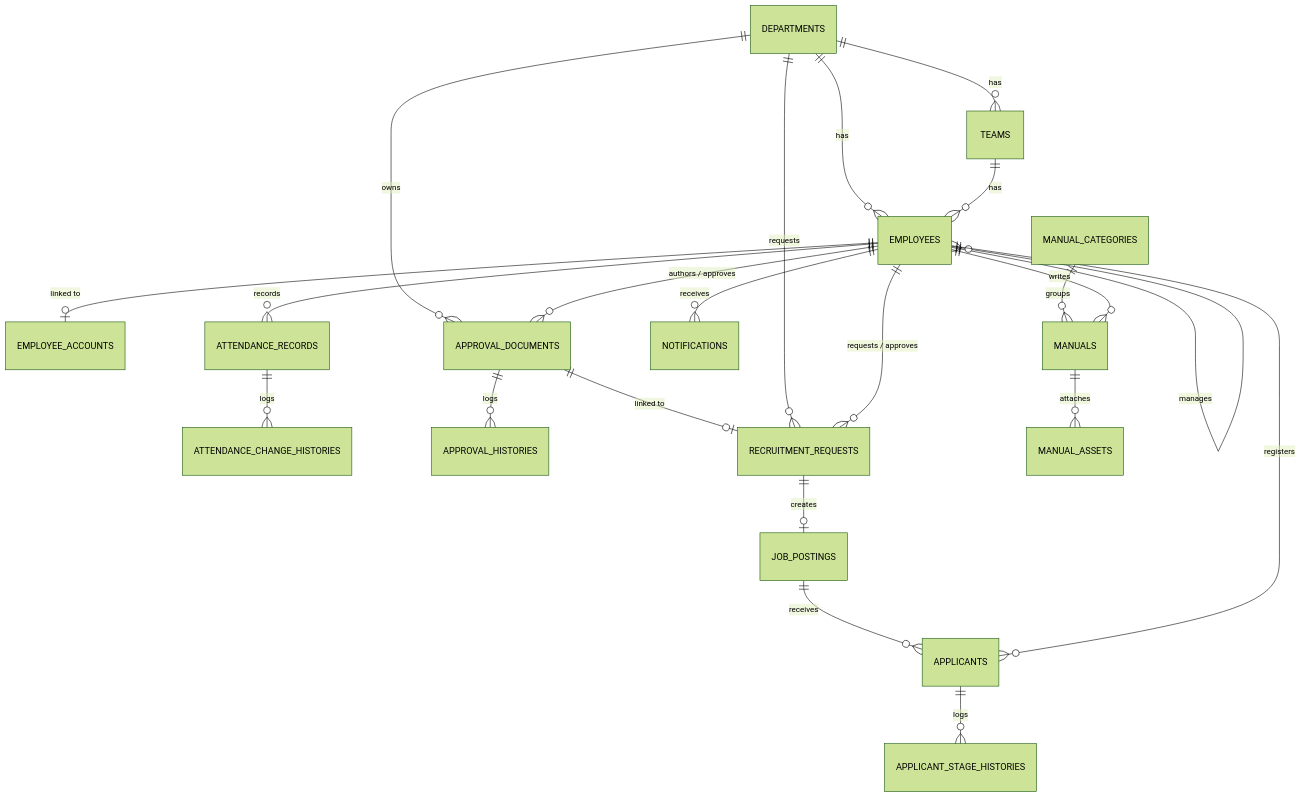
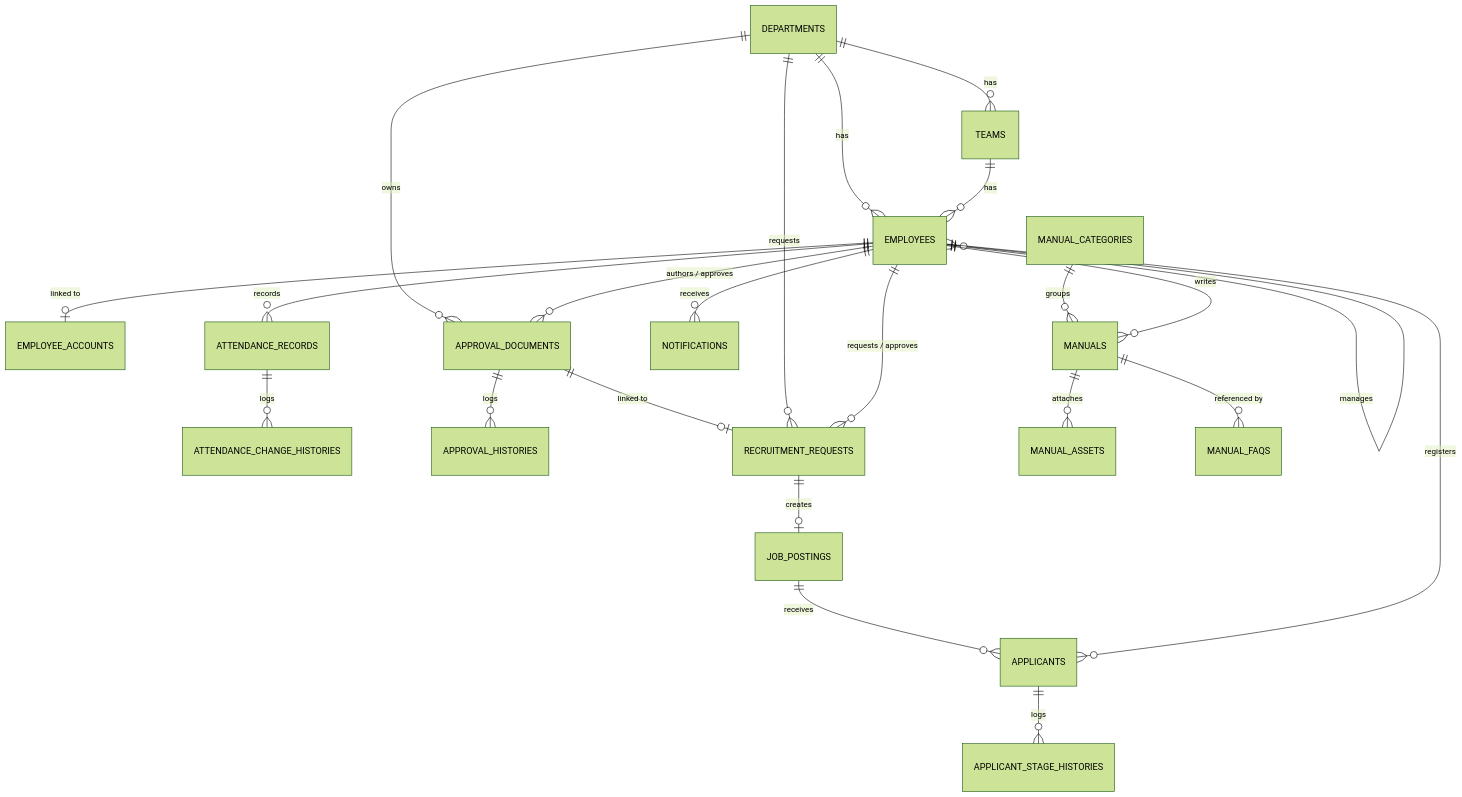
Before and after one commit to Dwkms/MS-FlowHub: the diagram in docs/DATA_MODEL.md, drawn with Mermaid (forest theme). The commit also changed other lines of this file and 41 other files, not shown here.

````diff
--- a/docs/DATA_MODEL.md
+++ b/docs/DATA_MODEL.md
@@ -69,24 +70,25 @@
 ```mermaid
 erDiagram
     DEPARTMENTS ||--o{ TEAMS : "has"
     DEPARTMENTS ||--o{ EMPLOYEES : "has"
     TEAMS ||--o{ EMPLOYEES : "has"
     EMPLOYEES ||--o| EMPLOYEE_ACCOUNTS : "linked to"
     EMPLOYEES ||--o{ EMPLOYEES : "manages"
     EMPLOYEES ||--o{ ATTENDANCE_RECORDS : "records"
     ATTENDANCE_RECORDS ||--o{ ATTENDANCE_CHANGE_HISTORIES : "logs"
     DEPARTMENTS ||--o{ APPROVAL_DOCUMENTS : "owns"
     EMPLOYEES ||--o{ APPROVAL_DOCUMENTS : "authors / approves"
     APPROVAL_DOCUMENTS ||--o{ APPROVAL_HISTORIES : "logs"
     APPROVAL_DOCUMENTS ||--o| RECRUITMENT_REQUESTS : "linked to"
     DEPARTMENTS ||--o{ RECRUITMENT_REQUESTS : "requests"
     EMPLOYEES ||--o{ RECRUITMENT_REQUESTS : "requests / approves"
     RECRUITMENT_REQUESTS ||--o| JOB_POSTINGS : "creates"
     EMPLOYEES ||--o{ NOTIFICATIONS : "receives"
     JOB_POSTINGS ||--o{ APPLICANTS : "receives"
     EMPLOYEES ||--o{ APPLICANTS : "registers"
     APPLICANTS ||--o{ APPLICANT_STAGE_HISTORIES : "logs"
     MANUAL_CATEGORIES ||--o{ MANUALS : "groups"
     MANUALS ||--o{ MANUAL_ASSETS : "attaches"
+    MANUALS ||--o{ MANUAL_FAQS : "referenced by"
     EMPLOYEES ||--o{ MANUALS : "writes"
 ```
````
